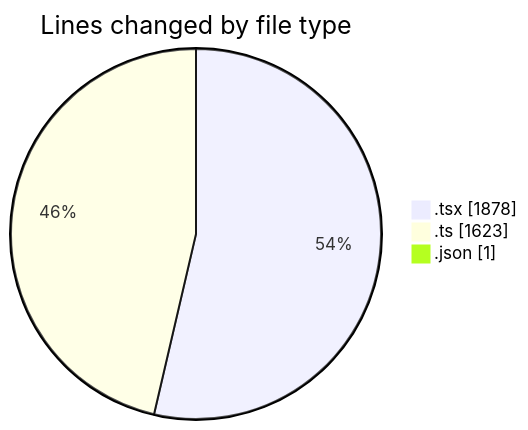
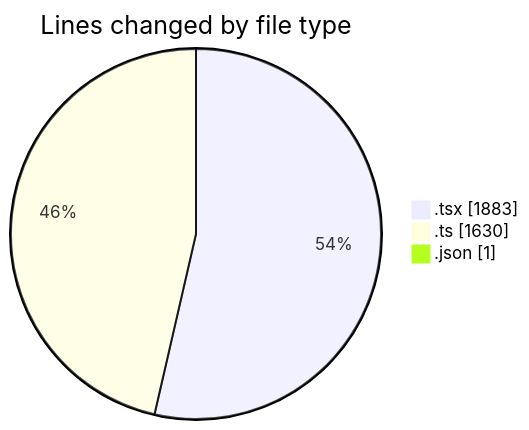
One commit to julien-gomy/code-tracking changed the first of 2 diagrams in 2025-10-08/eventscop-frontend-guide__workspace_/README.md. Above: the diagram before and after it, drawn with Mermaid. The commit also changed other lines of this file and 1 other file, not shown here.

````diff
--- a/2025-10-08/eventscop-frontend-guide__workspace_/README.md
+++ b/2025-10-08/eventscop-frontend-guide__workspace_/README.md
@@ -34,7 +34,7 @@
 ```mermaid
 pie showData
 title Lines changed by file type
-".tsx" : 1878
-".ts" : 1623
+".tsx" : 1883
+".ts" : 1630
 ".json" : 1
 ```
````
